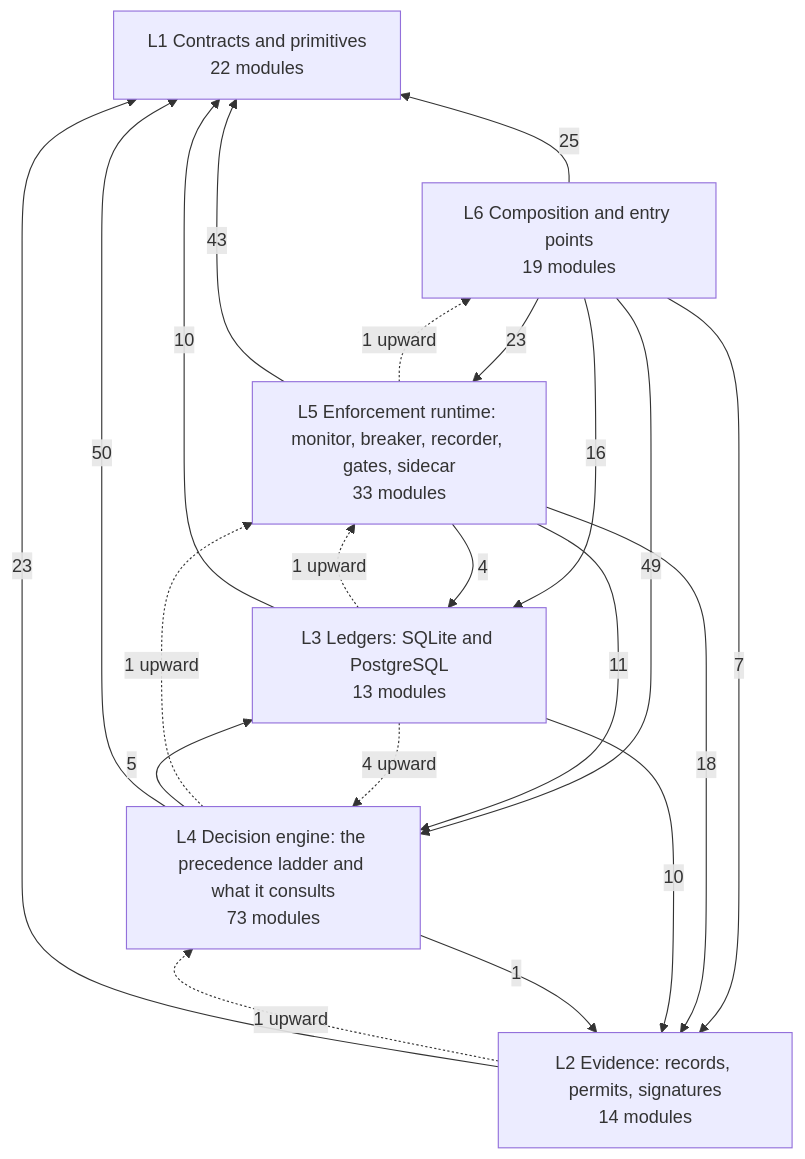
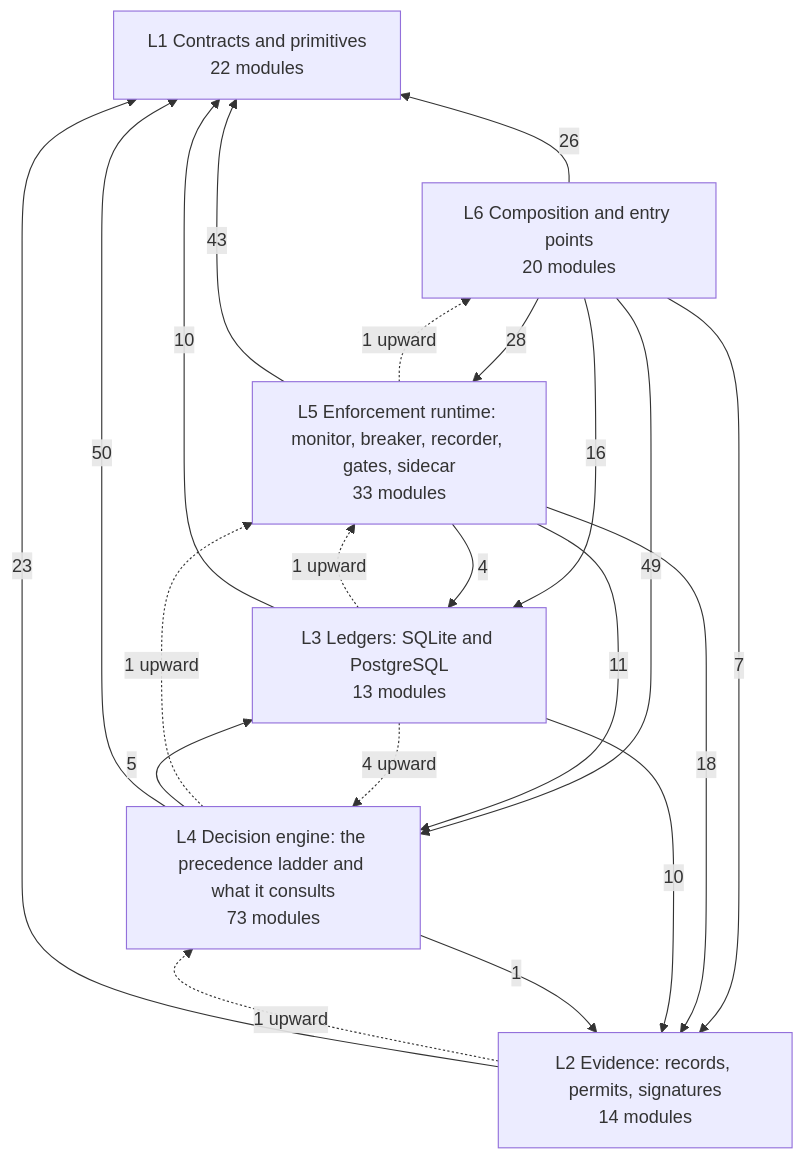
Before and after one commit to LOLA0786/privatevault-agent-dna: the diagram in docs/architecture/DEPENDENCIES.md, drawn with Mermaid. The commit also changed other lines of this file and 23 other files, not shown here.

````diff
--- a/docs/architecture/DEPENDENCIES.md
+++ b/docs/architecture/DEPENDENCIES.md
@@ -12,29 +12,29 @@
 ```mermaid
 flowchart BT
   L1["L1 Contracts and primitives<br/>22 modules"]
   L2["L2 Evidence: records, permits, signatures<br/>14 modules"]
   L3["L3 Ledgers: SQLite and PostgreSQL<br/>13 modules"]
   L4["L4 Decision engine: the precedence ladder and what it consults<br/>73 modules"]
   L5["L5 Enforcement runtime: monitor, breaker, recorder, gates, sidecar<br/>33 modules"]
-  L6["L6 Composition and entry points<br/>19 modules"]
+  L6["L6 Composition and entry points<br/>20 modules"]
   L2 -->|23| L1
   L3 -->|10| L1
   L3 -->|10| L2
   L4 -->|50| L1
   L4 -->|1| L2
   L4 -->|5| L3
   L5 -->|43| L1
   L5 -->|18| L2
   L5 -->|4| L3
   L5 -->|11| L4
-  L6 -->|25| L1
+  L6 -->|26| L1
   L6 -->|7| L2
   L6 -->|16| L3
   L6 -->|49| L4
-  L6 -->|23| L5
+  L6 -->|28| L5
   L2 -.->|1 upward| L4
   L3 -.->|4 upward| L4
   L3 -.->|1 upward| L5
   L4 -.->|1 upward| L5
   L5 -.->|1 upward| L6
 ```
````
